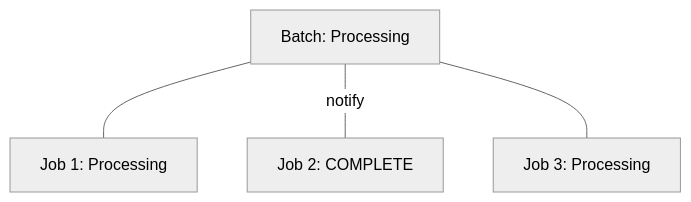
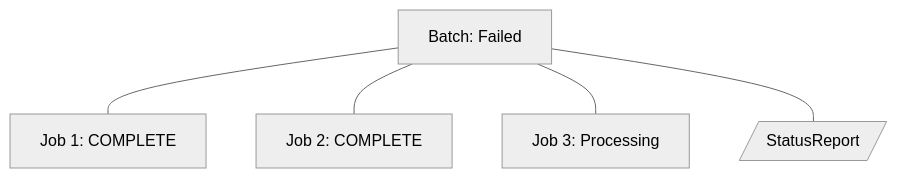
Before and after one commit to CDLUC3/mrt-zk: diagram 29 of 48 in design/use-cases.md, drawn with Mermaid (neutral theme). The commit also changed other lines of this file, not shown here.

Commit message:
mermaid diagrams

````diff
--- a/design/use-cases.md
+++ b/design/use-cases.md
@@ -296,10 +371,13 @@
 ```mermaid
 graph TD
-  Batch[Batch: Processing]
-  Job1[Job 1: Processing]
+  accTitle: 'Batch(Failed) has 3 Jobs (Complete, Complete, Processing)'
+  Batch[Batch: Failed]
+  Job1[Job 1: COMPLETE]
   Job2[Job 2: COMPLETE]
   Job3[Job 3: Processing]
   Batch --- Job1
-  Batch --- |notify| Job2
+  Batch --- Job2
   Batch --- Job3
+  StatusReport[/StatusReport/]
+  Batch --- StatusReport
 ```
````
